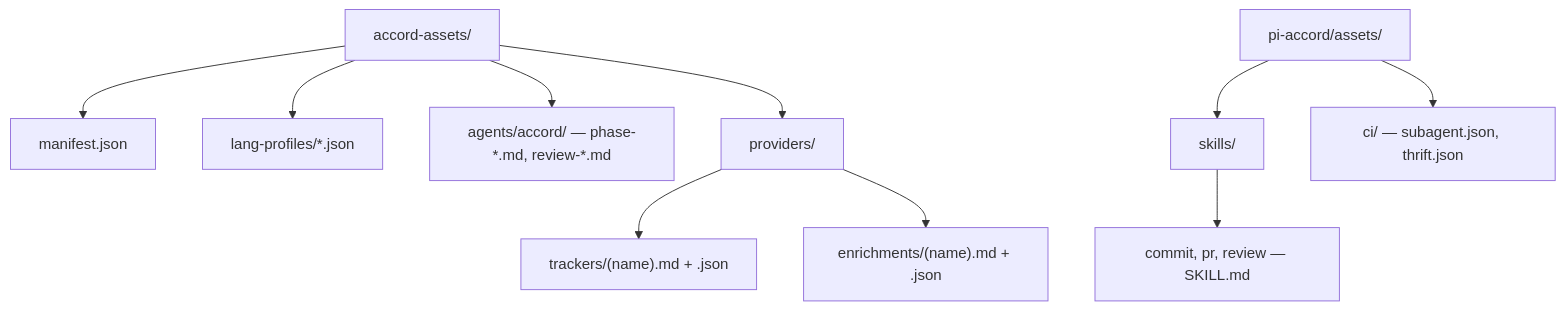
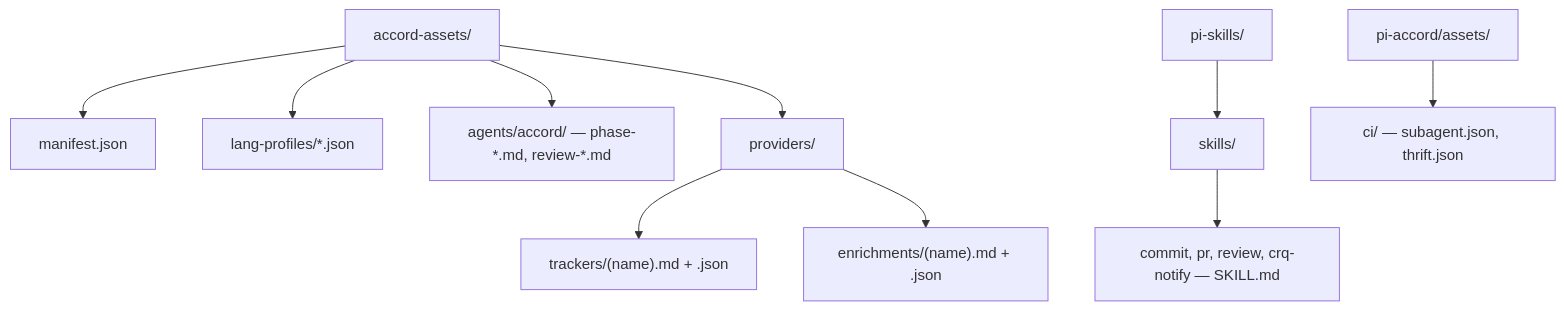
Before and after one commit to cshirley/accord: the diagram in docs/packaged-assets.md, drawn with Mermaid. The commit also changed other lines of this file and 21 other files, not shown here.

First line of the commit message:
[REFACTOR] Extract pi-skills; stop symlinking skills in install:assets

````diff
--- a/docs/packaged-assets.md
+++ b/docs/packaged-assets.md
@@ -5,12 +5,12 @@
 ```mermaid
 flowchart TB
   A["accord-assets/"] --> M["manifest.json"]
   A --> L["lang-profiles/*.json"]
   A --> AG["agents/accord/ — phase-*.md, review-*.md"]
   A --> PR["providers/"]
   PR --> TR["trackers/(name).md + .json"]
   PR --> EN["enrichments/(name).md + .json"]
-  P["pi-accord/assets/"] --> SK["skills/"]
-  SK --> SA["commit, pr, review — SKILL.md"]
-  P --> CI["ci/ — subagent.json, thrift.json"]
+  S["pi-skills/"] --> SK["skills/"]
+  SK --> SA["commit, pr, review, crq-notify — SKILL.md"]
+  P["pi-accord/assets/"] --> CI["ci/ — subagent.json, thrift.json"]
 ```
````
